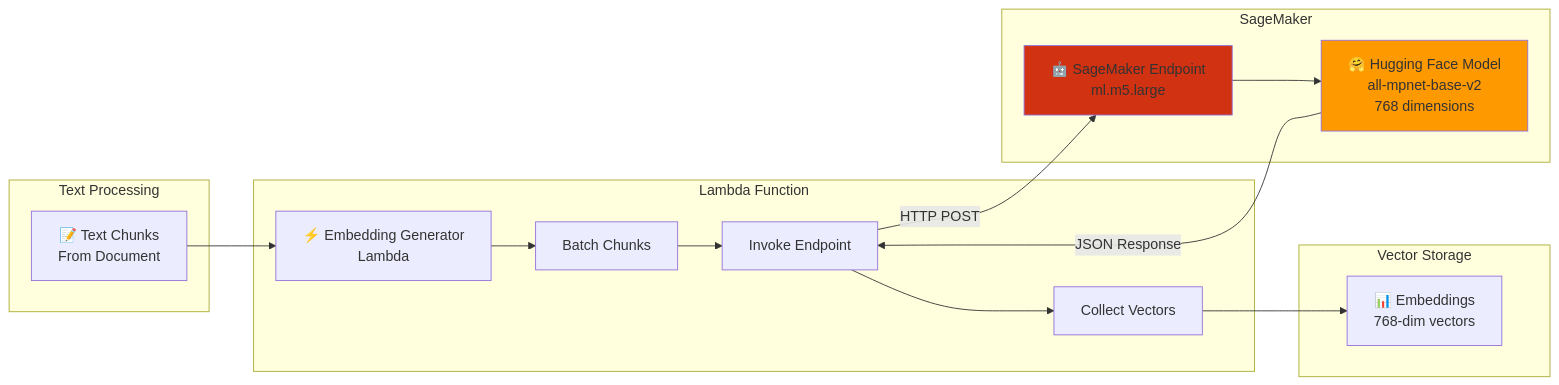
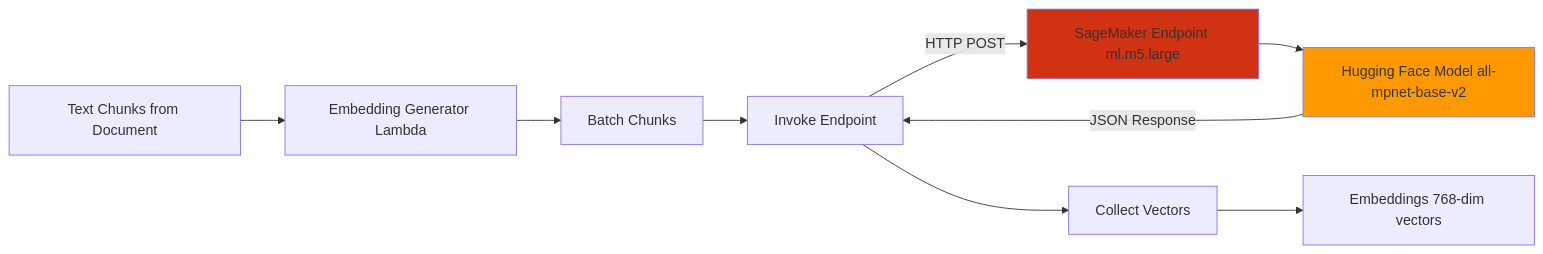
The eighth of 12 diagrams in ARCHITECTURE_DIAGRAM.md (asko123/ontology_IAC_AWS_CDK), drawn with Mermaid before and after one commit. The commit also changed other lines of this file, not shown here.

First line of the commit message:
Fix Mermaid syntax errors in architecture diagrams

````diff
--- a/ARCHITECTURE_DIAGRAM.md
+++ b/ARCHITECTURE_DIAGRAM.md
@@ -481,36 +343,23 @@
 ```mermaid
 graph LR
-    subgraph "Text Processing"
-        Chunks[📝 Text Chunks<br/>From Document]
-    end
-
-    subgraph "Lambda Function"
-        EmbedLambda[⚡ Embedding Generator<br/>Lambda]
-        
-        Batch[Batch Chunks]
-        Invoke[Invoke Endpoint]
-        Collect[Collect Vectors]
-    end
-
-    subgraph "SageMaker"
-        Endpoint[🤖 SageMaker Endpoint<br/>ml.m5.large]
-        Model[🤗 Hugging Face Model<br/>all-mpnet-base-v2<br/>768 dimensions]
-        
-        Endpoint --> Model
-    end
-
-    subgraph "Vector Storage"
-        Vectors[📊 Embeddings<br/>768-dim vectors]
-    end
+    Chunks["Text Chunks from Document"]
+    EmbedLambda["Embedding Generator Lambda"]
+    Batch["Batch Chunks"]
+    Invoke["Invoke Endpoint"]
+    Collect["Collect Vectors"]
+    Endpoint["SageMaker Endpoint ml.m5.large"]
+    Model["Hugging Face Model all-mpnet-base-v2"]
+    Vectors["Embeddings 768-dim vectors"]
 
     Chunks --> EmbedLambda
     EmbedLambda --> Batch
     Batch --> Invoke
     Invoke -->|HTTP POST| Endpoint
+    Endpoint --> Model
     Model -->|JSON Response| Invoke
     Invoke --> Collect
     Collect --> Vectors
 
     style Model fill:#FF9900
     style Endpoint fill:#D13212
 ```
````
